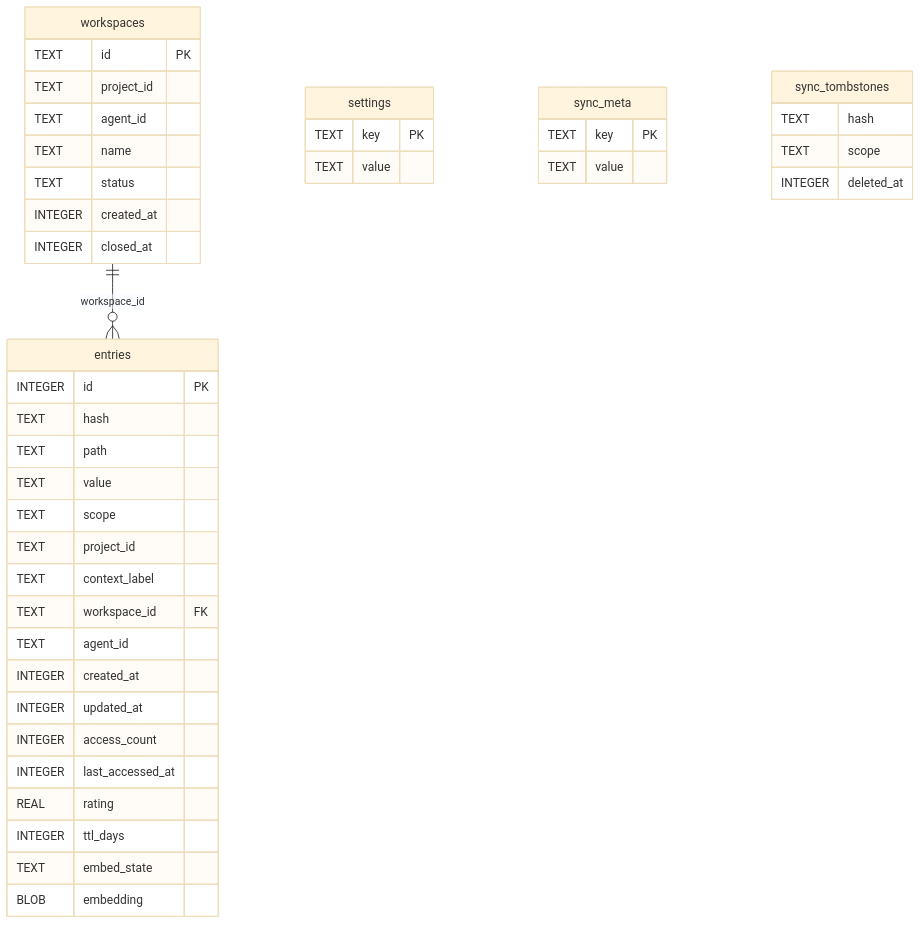
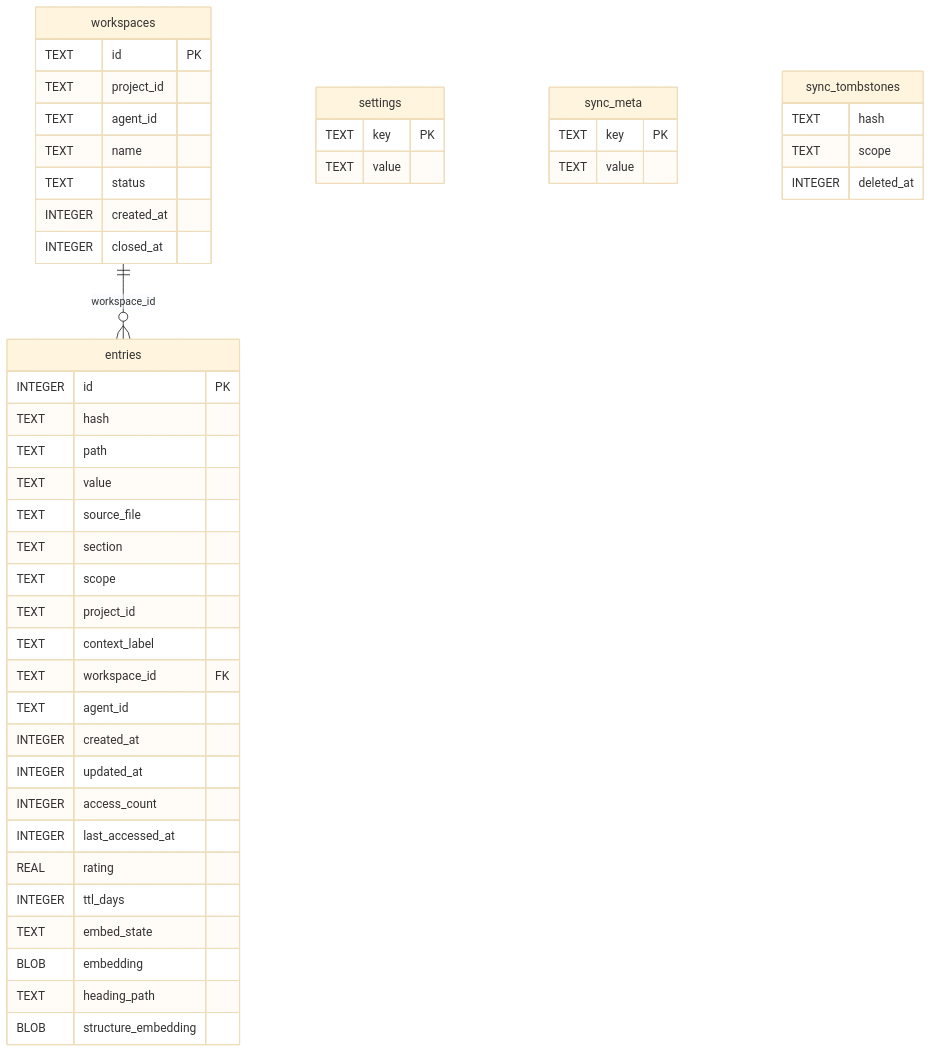
One commit to Arasz/ai-raccoon changed the first of 6 diagrams in docs/explanation/architecture.md. Above: the diagram before and after it, drawn with Mermaid (base theme). The commit also changed other lines of this file, not shown here.

First line of the commit message:
docs(architecture): bring the six architecture diagrams up to the current code shape

````diff
--- a/docs/explanation/architecture.md
+++ b/docs/explanation/architecture.md
@@ -16,50 +16,54 @@
 ```mermaid
 erDiagram
     workspaces {
         TEXT id PK
         TEXT project_id
         TEXT agent_id
         TEXT name
         TEXT status
         INTEGER created_at
         INTEGER closed_at
     }
 
     entries {
         INTEGER id PK
         TEXT hash
         TEXT path
         TEXT value
+        TEXT source_file
+        TEXT section
         TEXT scope
         TEXT project_id
         TEXT context_label
         TEXT workspace_id FK
         TEXT agent_id
         INTEGER created_at
         INTEGER updated_at
         INTEGER access_count
         INTEGER last_accessed_at
         REAL rating
         INTEGER ttl_days
         TEXT embed_state
         BLOB embedding
+        TEXT heading_path
+        BLOB structure_embedding
     }
 
     settings {
         TEXT key PK
         TEXT value
     }
 
     sync_meta {
         TEXT key PK
         TEXT value
     }
 
     sync_tombstones {
         TEXT hash
         TEXT scope
         INTEGER deleted_at
     }
 
     workspaces ||--o{ entries : "workspace_id"
 ```
````
